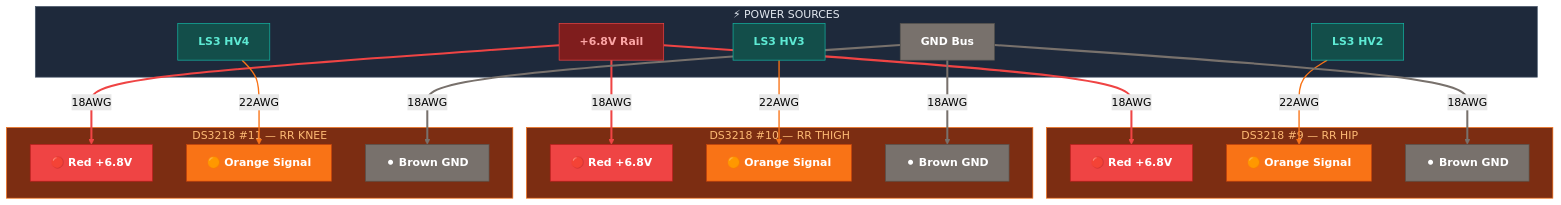
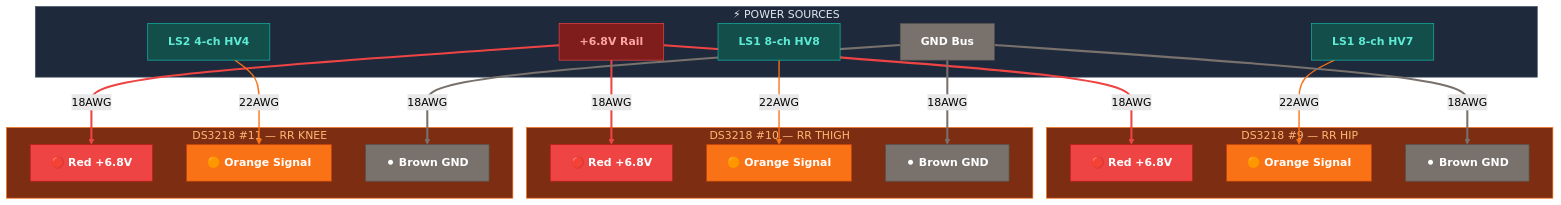
One commit to Major-Project-001/VIGIL-RQ changed the fifth of 5 diagrams in control/docs/wiring_servo_power.md. Above: the diagram before and after it, drawn with Mermaid (forest theme). The commit also changed other lines of this file and 3 other files, not shown here.

````diff
--- a/control/docs/wiring_servo_power.md
+++ b/control/docs/wiring_servo_power.md
@@ -225,53 +225,53 @@
 ```mermaid
 graph TD
     classDef red fill:#ef4444,stroke:#b91c1c,color:#fff,font-weight:bold
     classDef orange fill:#f97316,stroke:#c2410c,color:#fff,font-weight:bold
     classDef brown fill:#78716c,stroke:#57534e,color:#fff,font-weight:bold
     classDef rail fill:#7f1d1d,stroke:#ef4444,color:#fca5a5,font-weight:bold
     classDef ls fill:#134e4a,stroke:#14b8a6,color:#5eead4,font-weight:bold
 
     subgraph SOURCES_RR["⚡ POWER SOURCES"]
         RP4["+6.8V Rail"]:::rail
         RG4["GND Bus"]:::brown
-        LS3_HV2["LS3 HV2"]:::ls
-        LS3_HV3["LS3 HV3"]:::ls
-        LS3_HV4["LS3 HV4"]:::ls
+        LS1_HV7["LS1 8-ch HV7"]:::ls
+        LS1_HV8["LS1 8-ch HV8"]:::ls
+        LS2_HV4["LS2 4-ch HV4"]:::ls
     end
 
     subgraph S9["DS3218 #9 — RR HIP"]
         S9_R["🔴 Red +6.8V"]:::red
         S9_O["🟠 Orange Signal"]:::orange
         S9_B["⚫ Brown GND"]:::brown
     end
 
     subgraph S10["DS3218 #10 — RR THIGH"]
         S10_R["🔴 Red +6.8V"]:::red
         S10_O["🟠 Orange Signal"]:::orange
         S10_B["⚫ Brown GND"]:::brown
     end
 
     subgraph S11["DS3218 #11 — RR KNEE"]
         S11_R["🔴 Red +6.8V"]:::red
         S11_O["🟠 Orange Signal"]:::orange
         S11_B["⚫ Brown GND"]:::brown
     end
 
     RP4 ==>|"18AWG"| S9_R
     RP4 ==>|"18AWG"| S10_R
     RP4 ==>|"18AWG"| S11_R
-    LS3_HV2 -->|"22AWG"| S9_O
-    LS3_HV3 -->|"22AWG"| S10_O
-    LS3_HV4 -->|"22AWG"| S11_O
+    LS1_HV7 -->|"22AWG"| S9_O
+    LS1_HV8 -->|"22AWG"| S10_O
+    LS2_HV4 -->|"22AWG"| S11_O
     RG4 ==>|"18AWG"| S9_B
     RG4 ==>|"18AWG"| S10_B
     RG4 ==>|"18AWG"| S11_B
 
     linkStyle 0,1,2 stroke:#ef4444,stroke-width:3px
     linkStyle 3,4,5 stroke:#f97316,stroke-width:2px
     linkStyle 6,7,8 stroke:#78716c,stroke-width:3px
 
     style SOURCES_RR fill:#1e293b,stroke:#475569,color:#e2e8f0
     style S9 fill:#7c2d12,stroke:#f97316,color:#fdba74
     style S10 fill:#7c2d12,stroke:#f97316,color:#fdba74
     style S11 fill:#7c2d12,stroke:#f97316,color:#fdba74
 ```
````
